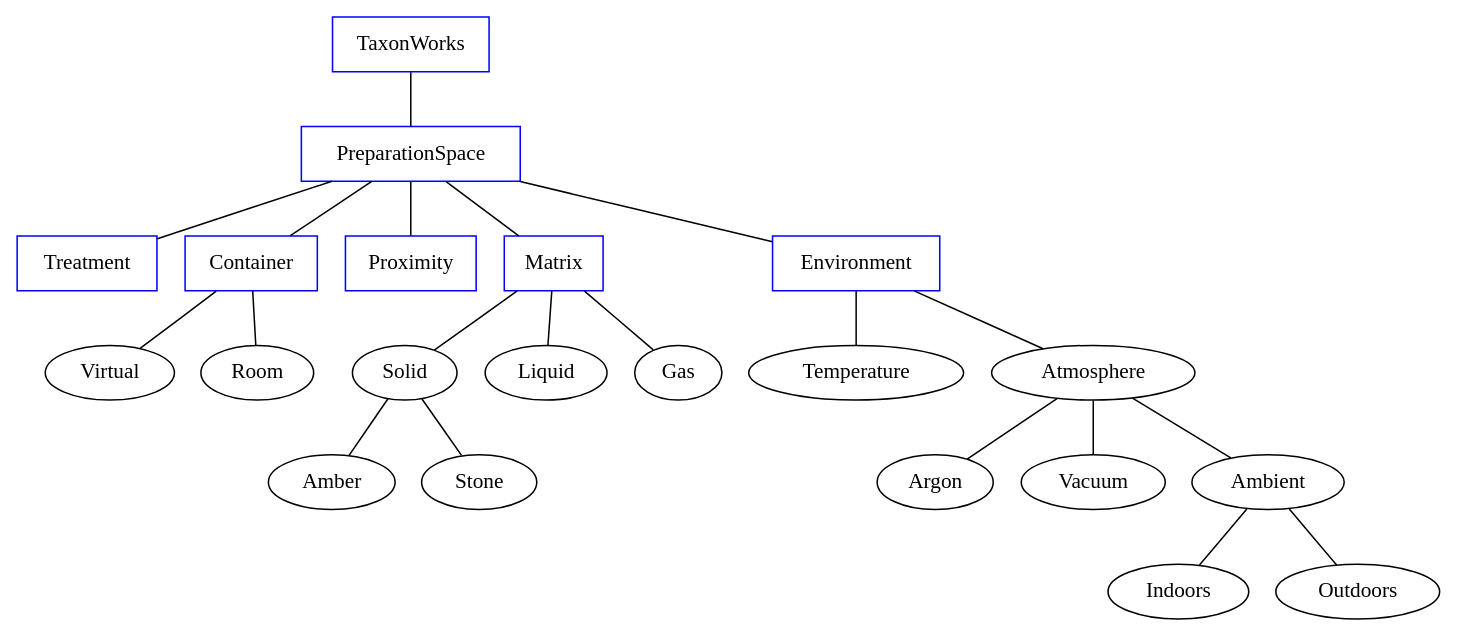
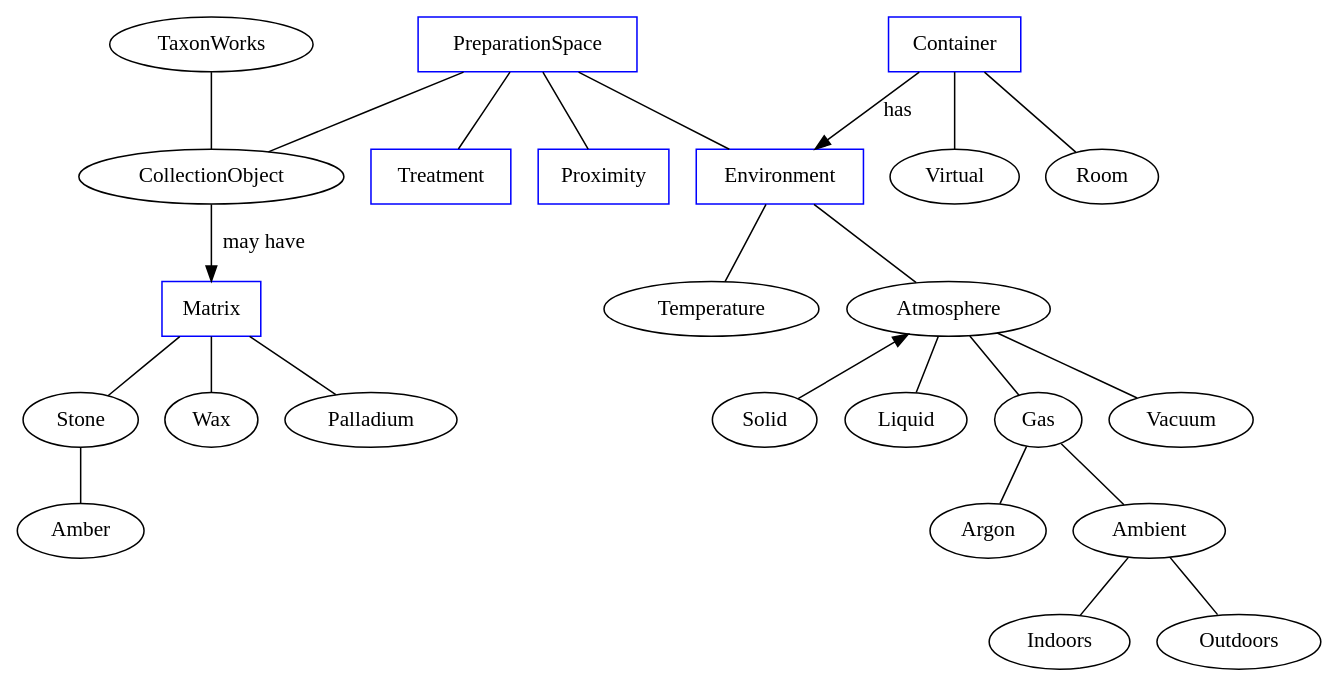
The diagram in concepts/preparation.dot (SpeciesFileGroup/taxonworks_doc), drawn with Graphviz before and after one commit.

Commit message:
#2 seperate matrix from atmosphere

```diff
--- a/concepts/preparation.dot
+++ b/concepts/preparation.dot
@@ -1,84 +1,106 @@
 # Brainstorming "Preparation" 
 #
 # Observations:
-# * 1 - A primary decision in modeling the "PreparationSpace" is whether to treat it as outward->in (e.g. from a building to the specimen), or inward->out (from the specimen, outwards)
-# * 2 - None of the attributes of a Preparation space are an attribute of the *current* physical state of the CollectionObject, therefor they must be tied to things that are *not* the collection object
-# * 3 - Given 2, we should favour outward-in approaches (CollectionObject in some Container has_some Environment)
+# * 1 - Matrix should be used as inward out, and environment should be outward in. 
+# * 2 - Matrix is a un-detachable property of the CollectionObject, i.e. if you move the Matrix, you always move the CollectionObject
+# * 3 - Matrix is geological, but also things like Palladium, Wax block, etc.
+# * 4 - Environment is a property of the container.
+# * 5 - Only Matrix is an attribute of the *current* physical state of the CollectionObject.  All other attributes should be tied to Thins that are *not* the collection object
+# * 5 - Given 2, we should favour outward-in approaches for environment (CollectionObject in some Container has_some Environment)
 # * 4 - There is a history of operations that change the physical nature of the CollectionObject, these should be captured in a Protocol (Treatment being a subclass of sorts in TW). Nothing about the CollectionObject's *current* physical nature should be stored as metadata in the Protocol.  For example, if the Protocol ends with the CollectionObject having some physical property then that physical property should be "duplicated" as a property of the _present_ CollectionObject?!
 #
 #
 graph  {
 # Concepts
+  TaxonWorks
+  CollectionObject 
+
 subgraph concepts {
   node [shape=rectangle color=blue]
-  TaxonWorks 
+
   PreparationSpace
 
   # Treatment
   # The treatment is the process of physically altering the specimen _by a curator_ prior to the CollectionObjects current physical state.
   # Current proxy: Protocol.
   # Target implementation: Protocol, ProtocolSteps
   Treatment
 
   # Container
   # A physical (with one exception) that "localized" collection objects.  "Localizes": if you find the container, the probability of finding the specimen increases. Containers nest if a) it is physically possible and b) by nesting the probability of finding the CollectionObject increases.
   # Current proxy: Container, see https://rdoc.taxonworks.org/Container.html
   # Target implementation: Container (ontology)
   Container
 
   # Proximity
   # Proximity is temporary attribute to indicate the difference between "Bulk" and non-bulk assertions
   # Current proxy: Preparation type label
   # Target implementation: inferred, not asserted by inspection of CollectionObject#total and Container
   Proximity
 
   # Matrix 
   # The matrix is the immediate surrounding of the CollectionObject, what surrounds it.
   # Current proxy: Preparation type label
   # Target implementation: `matrix` attribute on PreparationSpace drawn from Matrix ontology/CVT
   Matrix
 
   # Environment 
   # The Environment is the sum of the attributes that describe the the space within, or encompassing the Container the CollectionObject is in.
   # Current proxy: Preparation type label.
   # Target implementation: `environment` attribute on PreparationSpace
   Environment
 }
 
 # Preparation space
-TaxonWorks -- PreparationSpace
+TaxonWorks -- CollectionObject
+PreparationSpace -- CollectionObject 
 PreparationSpace -- Treatment
-PreparationSpace -- Container
-PreparationSpace -- Matrix 
 PreparationSpace -- Environment 
+Container -- Environment [label="has" dir="forward"] 
+CollectionObject -- Matrix [label="may have" dir="forward"]
 PreparationSpace -- Proximity 
 
 subgraph containers {
   Virtual [URL="https://rdoc.taxonworks.org/Container/Virtual.html"]
   Container --  Virtual
   Container -- Room
 }
 
 subgraph matrix {
-  Matrix -- Solid
-  Matrix -- Liquid
-  Matrix -- Gas
+  Amber
+  Stone
+  Wax
+  Palladium
 
-  # Solids
-  Solid -- Amber
-  Solid -- Stone # compression fossils
-
+  Matrix -- Wax
+  Matrix -- Stone
+  Stone -- Amber
+  Matrix -- Palladium
 }
 
 subgraph environments {
+  # Concepts
+  Temperature
+  Atmosphere
+  Solid
+  Liquid
+  Gas 
+  Vacuum
+
   Environment -- Temperature
   Environment -- Atmosphere
-  Atmosphere -- Argon
+
+  Atmosphere -- Solid [dir="back"]
+  Atmosphere -- Liquid
+  Atmosphere -- Gas
   Atmosphere -- Vacuum
-  Atmosphere -- Ambient
+
+  Gas -- Argon
+  Gas -- Ambient
+
   Ambient -- Indoors
   Ambient -- Outdoors
 }
 
 
 }
```
